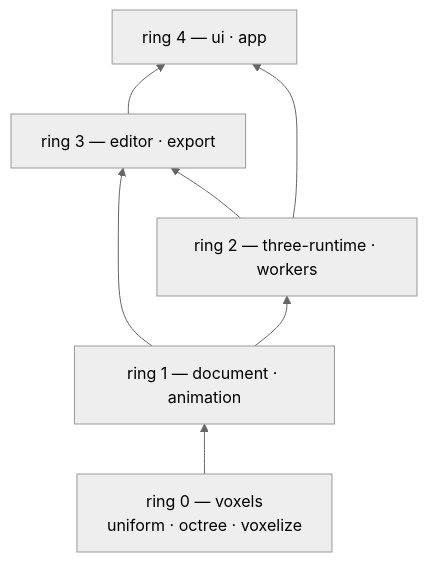
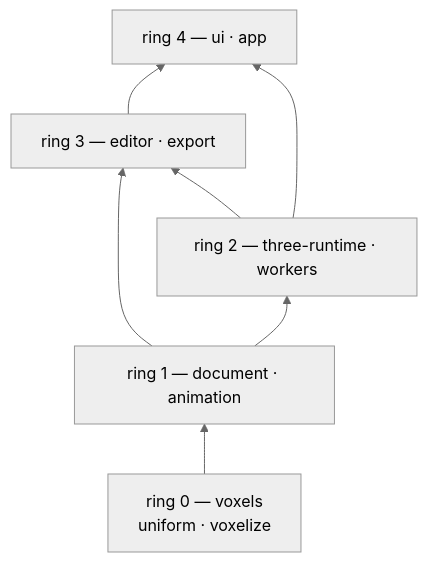
Before and after one commit to EndlIa/vox-world: the diagram in codemap/README.md, drawn with Mermaid (neutral theme). The commit also changed other lines of this file and 69 other files, not shown here.

````diff
--- a/codemap/README.md
+++ b/codemap/README.md
@@ -55,14 +55,14 @@
 ```mermaid
 graph BT
-  R0["ring 0 — voxels<br/>uniform · octree · voxelize"]
+  R0["ring 0 — voxels<br/>uniform · voxelize"]
   R1["ring 1 — document · animation"]
   R2["ring 2 — three-runtime · workers"]
   R3["ring 3 — editor · export"]
   R4["ring 4 — ui · app"]
   R0 --> R1
   R1 --> R2
   R1 --> R3
   R2 --> R3
   R3 --> R4
   R2 --> R4
 ```
````
